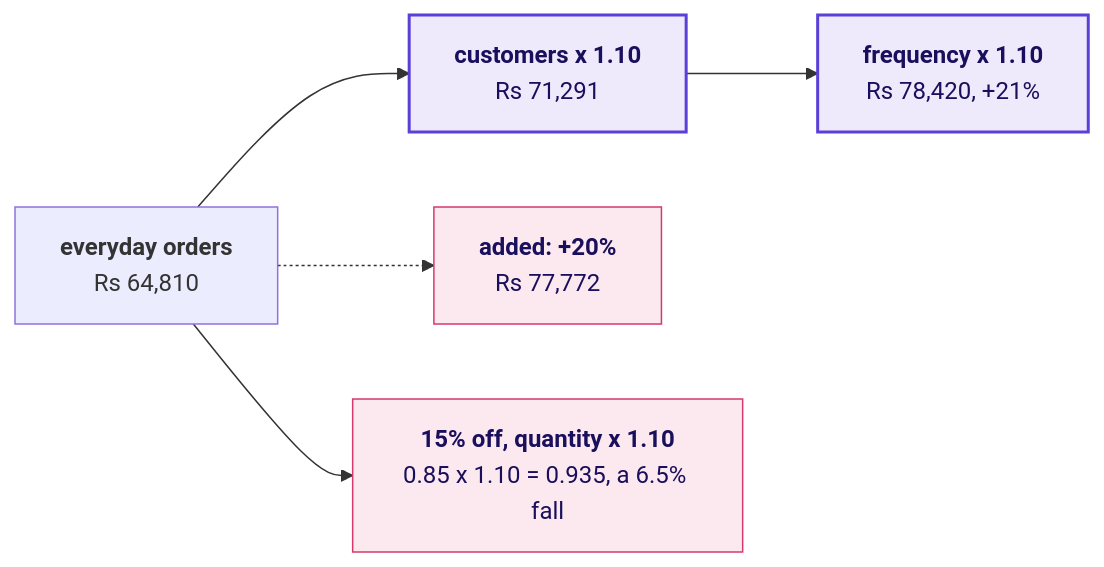
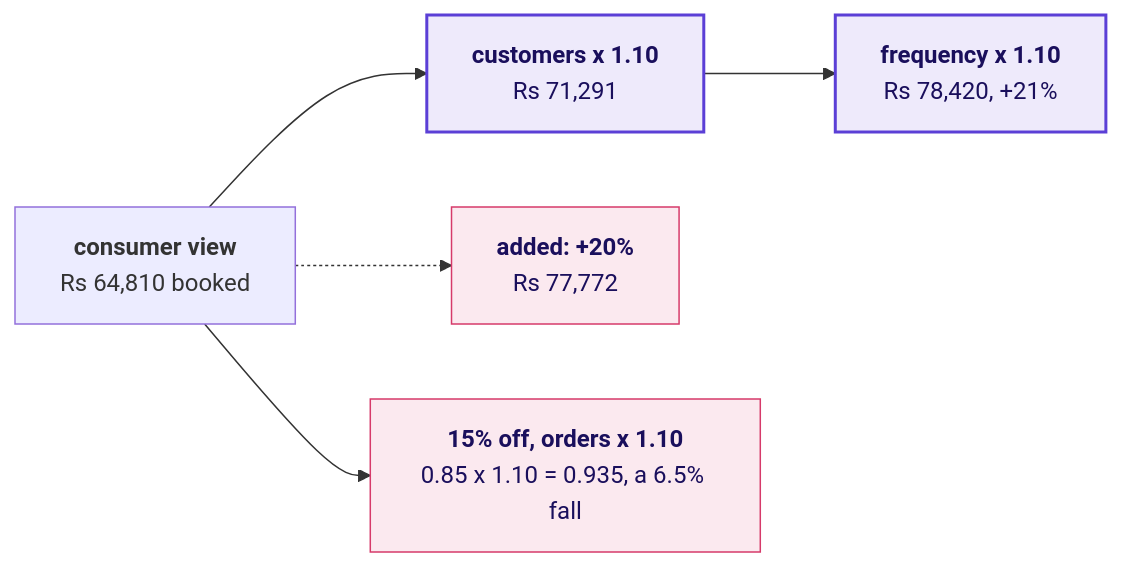
One commit to fde-academy-lab/c2-content-factory changed diagram 11 of 14 in content/W01/D1/whiteboards/C2_W01_D01_board_work_STUDENT.md. Above: the diagram before and after it, drawn with Mermaid. The commit also changed other lines of this file and 32 other files, not shown here.

````diff
--- a/content/W01/D1/whiteboards/C2_W01_D01_board_work_STUDENT.md
+++ b/content/W01/D1/whiteboards/C2_W01_D01_board_work_STUDENT.md
@@ -134,11 +252,11 @@
 ```mermaid
 flowchart LR
-    B["<b>everyday orders</b><br/>Rs 64,810"] --> C["<b>customers x 1.10</b><br/>Rs 71,291"]
+    B["<b>consumer view</b><br/>Rs 64,810 booked"] --> C["<b>customers x 1.10</b><br/>Rs 71,291"]
     C --> F["<b>frequency x 1.10</b><br/>Rs 78,420, +21%"]
     B -.-> W["<b>added: +20%</b><br/>Rs 77,772"]
-    B --> D["<b>15% off, quantity x 1.10</b><br/>0.85 x 1.10 = 0.935, a 6.5% fall"]
+    B --> D["<b>15% off, orders x 1.10</b><br/>0.85 x 1.10 = 0.935, a 6.5% fall"]
     classDef known fill:#EEEAFB,stroke:#5B3FD6,color:#1A0F5C,stroke-width:2px
     classDef bad fill:#FBE9EF,stroke:#D63A6A,color:#1A0F5C
     class C,F known
     class W,D bad
 ```
````
